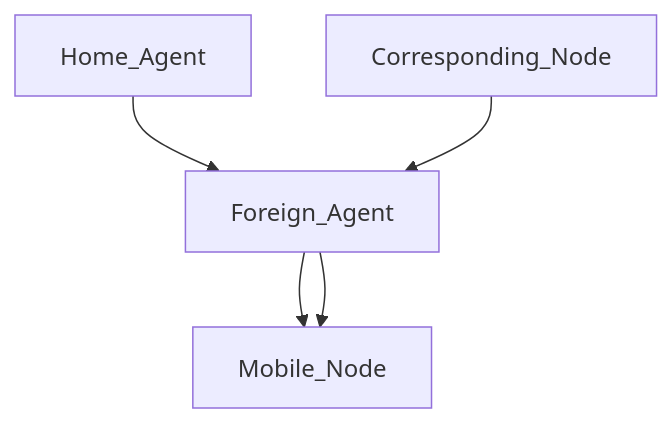
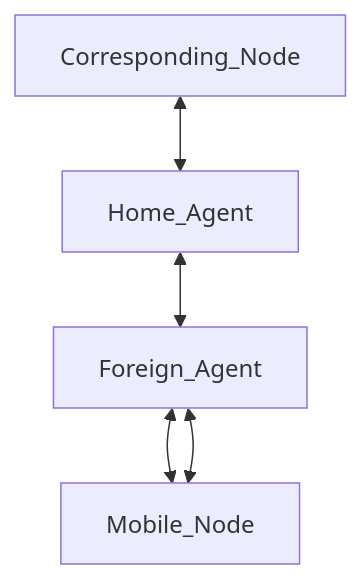
Before and after one commit to juakali-networks/mip: the diagram in README.md, drawn with Mermaid.

Commit message:
Added diagram to ReadMe

````diff
--- a/README.md
+++ b/README.md
@@ -26,7 +26,7 @@
 ```mermaid
 graph TD;
-    Foreign_Agent-->Mobile_Node;
-    Home_Agent-->Foreign_Agent;
-    Corresponding_Node-->Foreign_Agent;
-    Foreign_Agent-->Mobile_Node;
+    Foreign_Agent<-->Mobile_Node;
+    Home_Agent<-->Foreign_Agent;
+    Corresponding_Node<-->Home_Agent;
+    Foreign_Agent<-->Mobile_Node;
 ```
````
